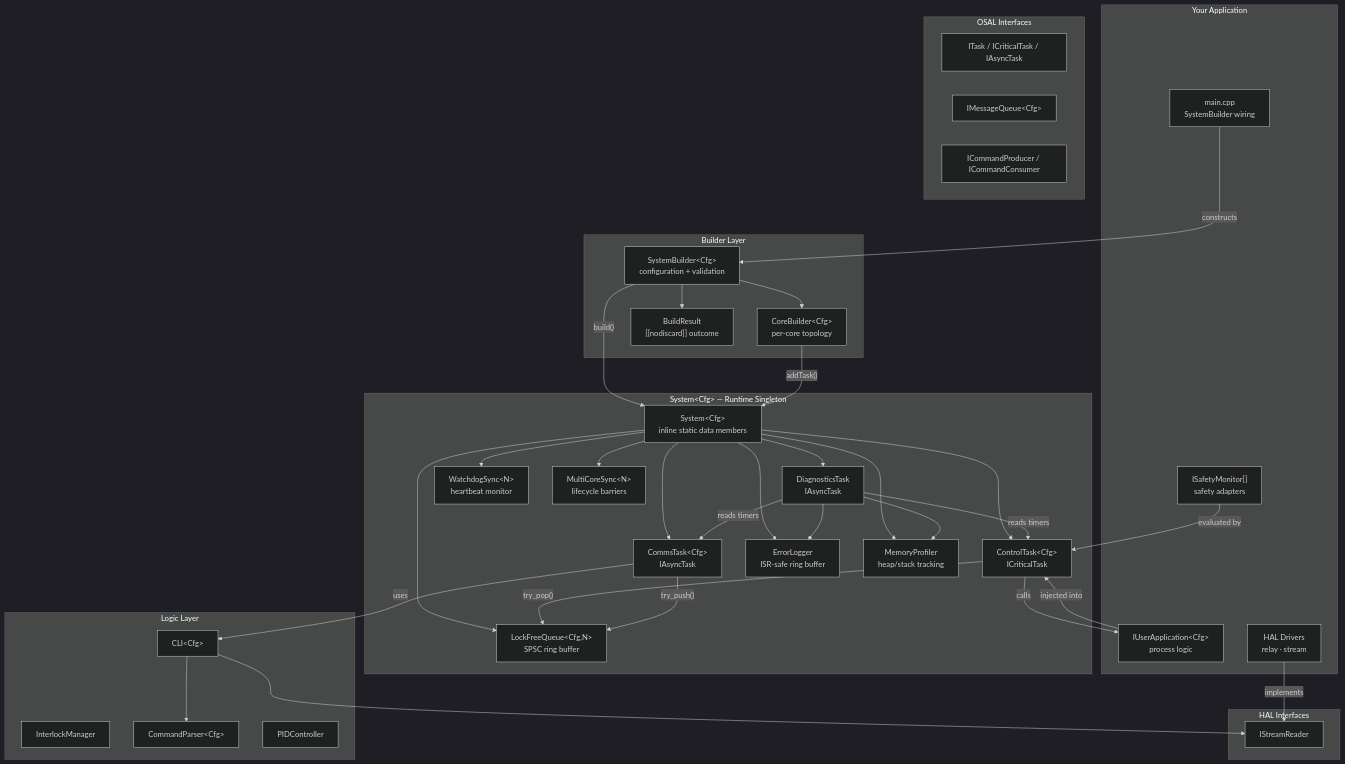
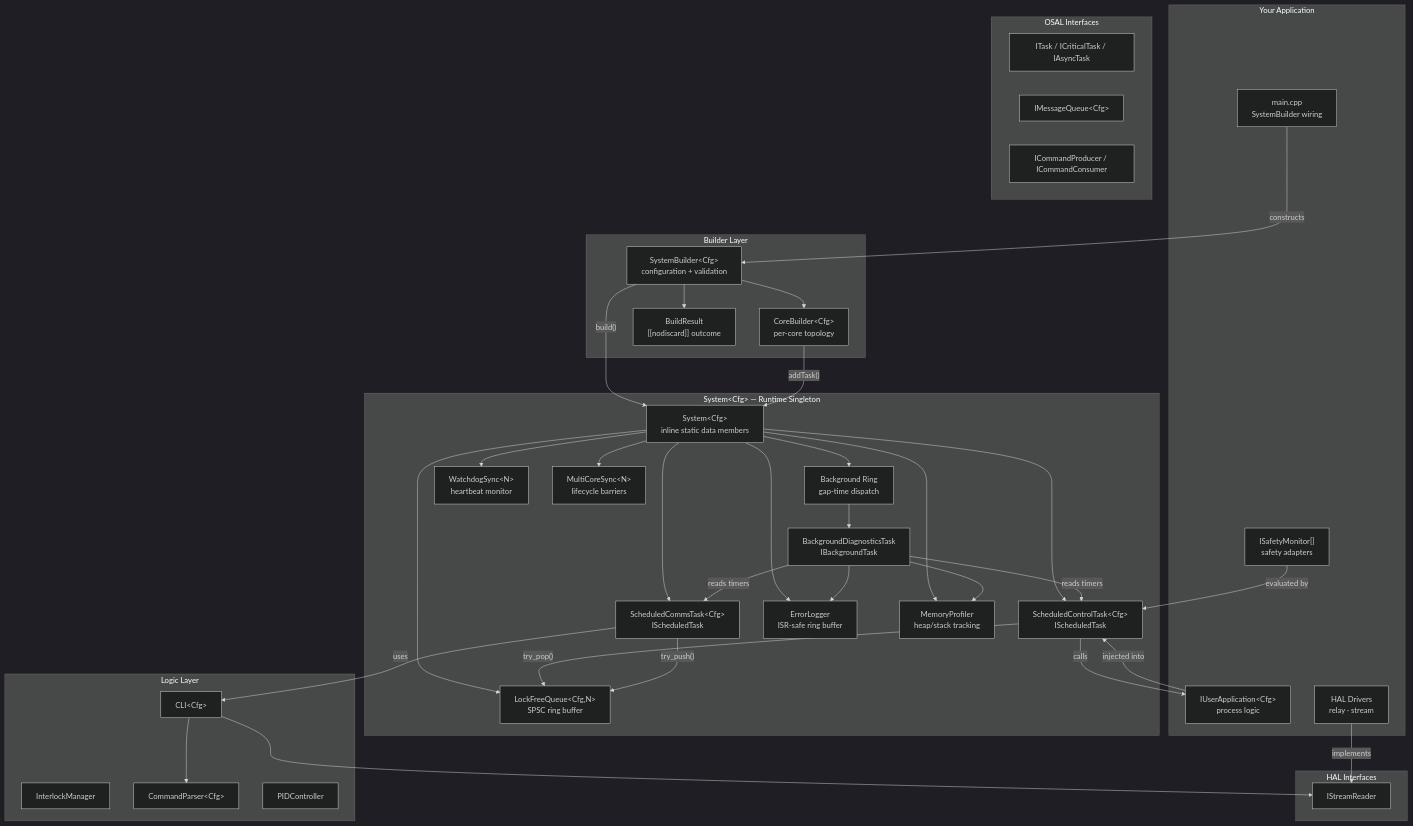
One commit to BlastermanR/SputterOS changed the first of 6 diagrams in docs/SystemArchitecture.md. Above: the diagram before and after it, drawn with Mermaid (dark theme). The commit also changed other lines of this file and 12 other files, not shown here.

````diff
--- a/docs/SystemArchitecture.md
+++ b/docs/SystemArchitecture.md
@@ -11,65 +11,67 @@
 ```mermaid
 graph TB
     subgraph "Your Application"
         MAIN["main.cpp<br/>SystemBuilder wiring"]
         APP["IUserApplication&lt;Cfg&gt;<br/>process logic"]
         SAFETY["ISafetyMonitor[]<br/>safety adapters"]
         HALIMPL["HAL Drivers<br/>relay · stream"]
     end
 
     subgraph "Builder Layer"
         SB["SystemBuilder&lt;Cfg&gt;<br/>configuration + validation"]
         CB["CoreBuilder&lt;Cfg&gt;<br/>per-core topology"]
         BR["BuildResult<br/>[[nodiscard]] outcome"]
     end
 
     subgraph "System&lt;Cfg&gt; — Runtime Singleton"
         SYS["System&lt;Cfg&gt;<br/>inline static data members"]
-        CT["ControlTask&lt;Cfg&gt;<br/>ICriticalTask"]
-        CMT["CommsTask&lt;Cfg&gt;<br/>IAsyncTask"]
-        DT["DiagnosticsTask<br/>IAsyncTask"]
+        CT["ScheduledControlTask&lt;Cfg&gt;<br/>IScheduledTask"]
+        CMT["ScheduledCommsTask&lt;Cfg&gt;<br/>IScheduledTask"]
+        DT["BackgroundDiagnosticsTask<br/>IBackgroundTask"]
+        BG_RING["Background Ring<br/>gap-time dispatch"]
         LFQ["LockFreeQueue&lt;Cfg,N&gt;<br/>SPSC ring buffer"]
         WD["WatchdogSync&lt;N&gt;<br/>heartbeat monitor"]
         MCS["MultiCoreSync&lt;N&gt;<br/>lifecycle barriers"]
         EL["ErrorLogger<br/>ISR-safe ring buffer"]
         MP["MemoryProfiler<br/>heap/stack tracking"]
     end
 
     subgraph "Logic Layer"
         IM["InterlockManager"]
         CP["CommandParser&lt;Cfg&gt;"]
         CLI["CLI&lt;Cfg&gt;"]
         PID["PIDController"]
     end
 
     subgraph "OSAL Interfaces"
         IT["ITask / ICriticalTask / IAsyncTask"]
         IMQ["IMessageQueue&lt;Cfg&gt;"]
         ICP["ICommandProducer / ICommandConsumer"]
     end
 
     subgraph "HAL Interfaces"
         ISR["IStreamReader"]
     end
 
     MAIN -->|"constructs"| SB
     SB -->|"build()"| SYS
     SB --> CB
     CB -->|"addTask()"| SYS
     SB --> BR
 
     APP -->|"injected into"| CT
     SAFETY -->|"evaluated by"| CT
     HALIMPL -->|"implements"| ISR
 
-    SYS --> CT & CMT & DT & LFQ & WD & MCS & EL & MP
+    SYS --> CT & CMT & BG_RING & LFQ & WD & MCS & EL & MP
+    BG_RING --> DT
     CT -->|"try_pop()"| LFQ
     CMT -->|"try_push()"| LFQ
     DT -->|"reads timers"| CT & CMT
     DT --> EL & MP
 
     CT -->|"calls"| APP
     CMT -->|"uses"| CLI
     CLI --> CP
     CLI --> ISR
 ```
````
